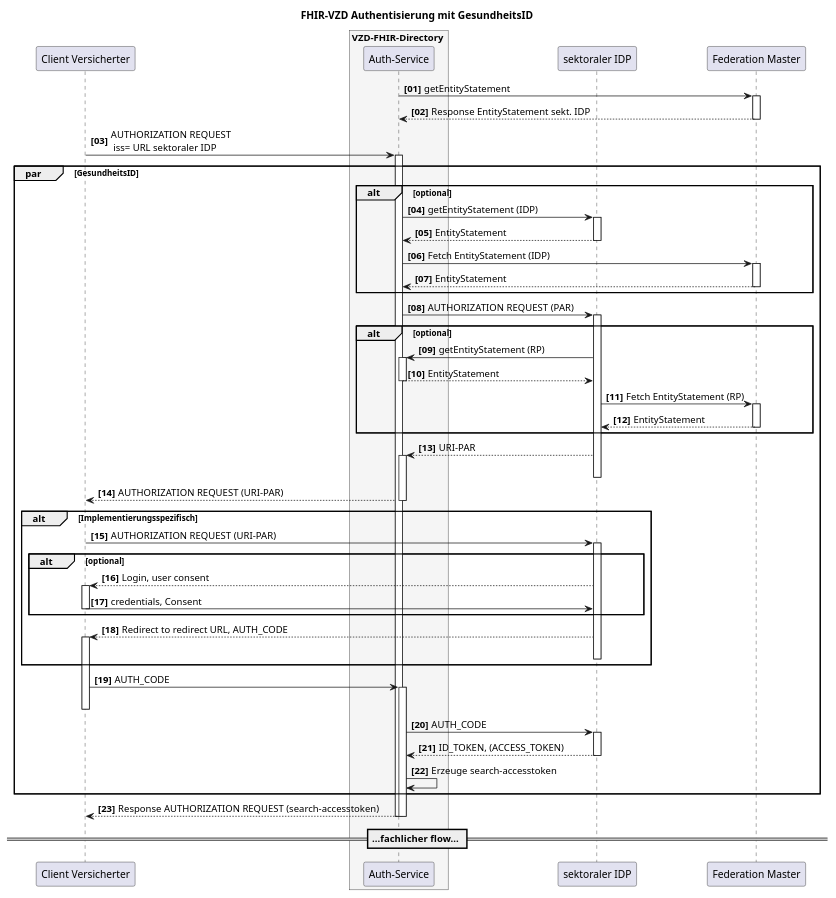
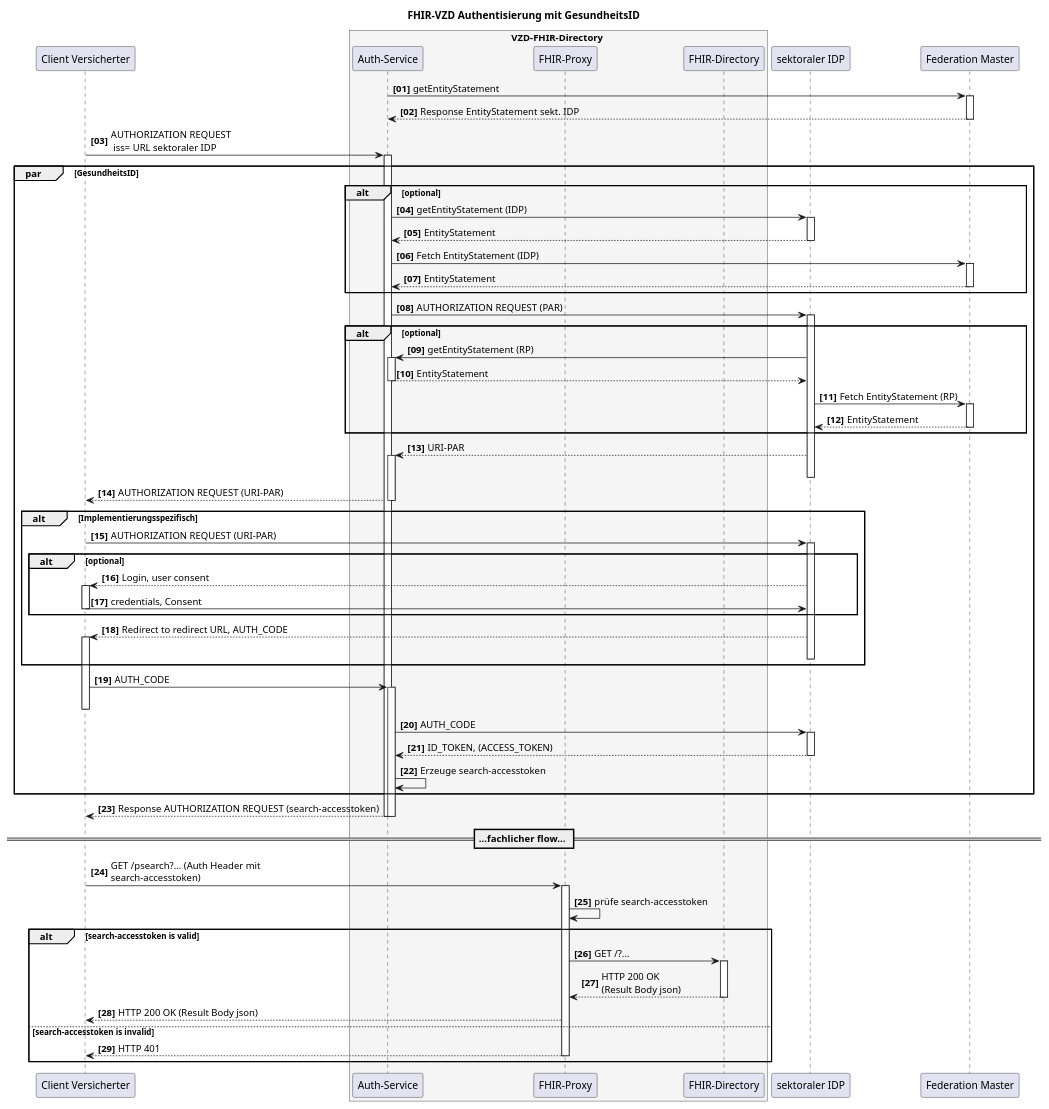
Before and after one commit to gematik/api-vzd: the diagram in src/plantuml/SequenceDiagram.FHIR-Directory.psearch_auth.puml, drawn with PlantUML.

Commit message:
Update SequenceDiagram.FHIR-Directory.psearch_auth.puml
Search sequence added

```diff
--- a/src/plantuml/SequenceDiagram.FHIR-Directory.psearch_auth.puml
+++ b/src/plantuml/SequenceDiagram.FHIR-Directory.psearch_auth.puml
@@ -1,78 +1,95 @@
 @startuml
 autonumber 1 1 "<b>[00]"
 title "FHIR-VZD Authentisierung mit GesundheitsID"
 
 participant VClient as "Client Versicherter"
 
 box VZD-FHIR-Directory #WhiteSmoke
     participant "Auth-Service" as VzdAuth
+    participant fp as "FHIR-Proxy"
+    participant fd as "FHIR-Directory"
 end box
 participant sekIDP as "sektoraler IDP" 
 participant "Federation Master" as fedMaster
 
 
 VzdAuth->fedMaster++: getEntityStatement
 fedMaster-->VzdAuth: Response EntityStatement sekt. IDP
 deactivate fedMaster
 
 VClient->VzdAuth++: AUTHORIZATION REQUEST \n iss= URL sektoraler IDP
 
 par GesundheitsID
 
 alt optional
 VzdAuth->sekIDP++: getEntityStatement (IDP)
 sekIDP-->VzdAuth: EntityStatement
 deactivate sekIDP
 VzdAuth->fedMaster++: Fetch EntityStatement (IDP)
 fedMaster-->VzdAuth: EntityStatement
 deactivate fedMaster
 end
 
 VzdAuth->sekIDP++: AUTHORIZATION REQUEST (PAR)
 
 alt optional
 sekIDP->VzdAuth++: getEntityStatement (RP)
 VzdAuth-->sekIDP: EntityStatement
 deactivate VzdAuth
 sekIDP->fedMaster++: Fetch EntityStatement (RP)
 fedMaster-->sekIDP: EntityStatement
 deactivate fedMaster
 end
 
 sekIDP-->VzdAuth++: URI-PAR
 deactivate sekIDP
 
 VzdAuth-->VClient: AUTHORIZATION REQUEST (URI-PAR)
 deactivate VzdAuth
 
 alt Implementierungsspezifisch
 VClient->sekIDP++:  AUTHORIZATION REQUEST (URI-PAR)
 
 alt optional
 sekIDP-->VClient++: Login, user consent
 VClient->sekIDP: credentials, Consent
 deactivate VClient
 
 deactivate fedMaster
 end
 
 sekIDP-->VClient++: Redirect to redirect URL, AUTH_CODE
 deactivate sekIDP
 
 end
 
 VClient->VzdAuth++: AUTH_CODE
 deactivate VClient
 VzdAuth->sekIDP++: AUTH_CODE
 sekIDP-->VzdAuth: ID_TOKEN, (ACCESS_TOKEN)
 deactivate sekIDP
 VzdAuth->VzdAuth: Erzeuge search-accesstoken
 
 end
 
 VzdAuth-->VClient: Response AUTHORIZATION REQUEST (search-accesstoken)
 deactivate VzdAuth
 deactivate VzdAuth
 
 == ...fachlicher flow... ==
+
+VClient -> fp: GET /psearch?... (Auth Header mit\nsearch-accesstoken)
+activate fp
+fp -> fp: prüfe search-accesstoken
+
+alt search-accesstoken is valid
+fp -> fd: GET /?...
+activate fd
+fd --> fp: HTTP 200 OK\n(Result Body json)
+deactivate fd
+fp --> VClient: HTTP 200 OK (Result Body json)
+else search-accesstoken is invalid
+fp --> VClient: HTTP 401
+deactivate fp
+end
 @enduml
```
